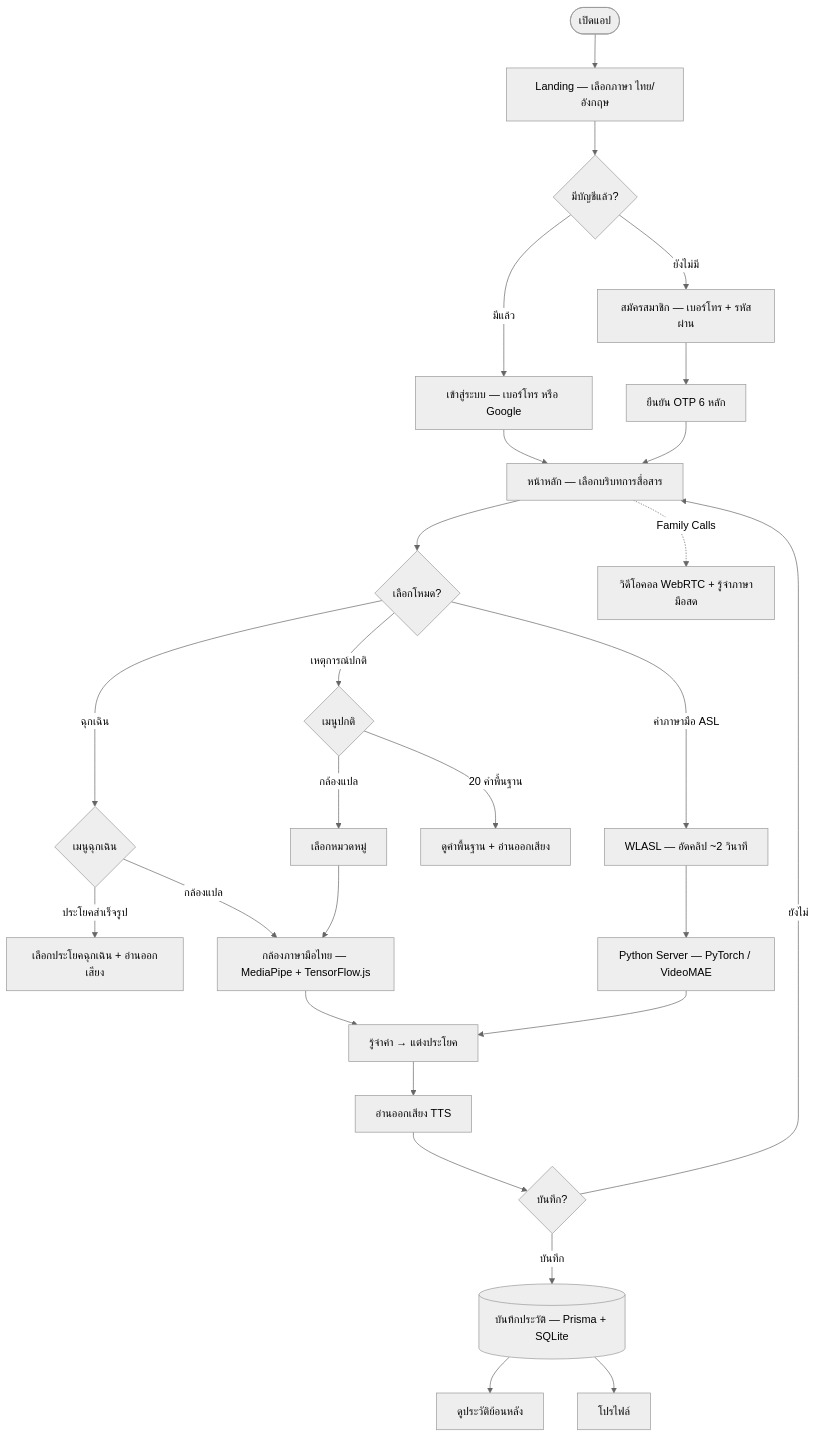
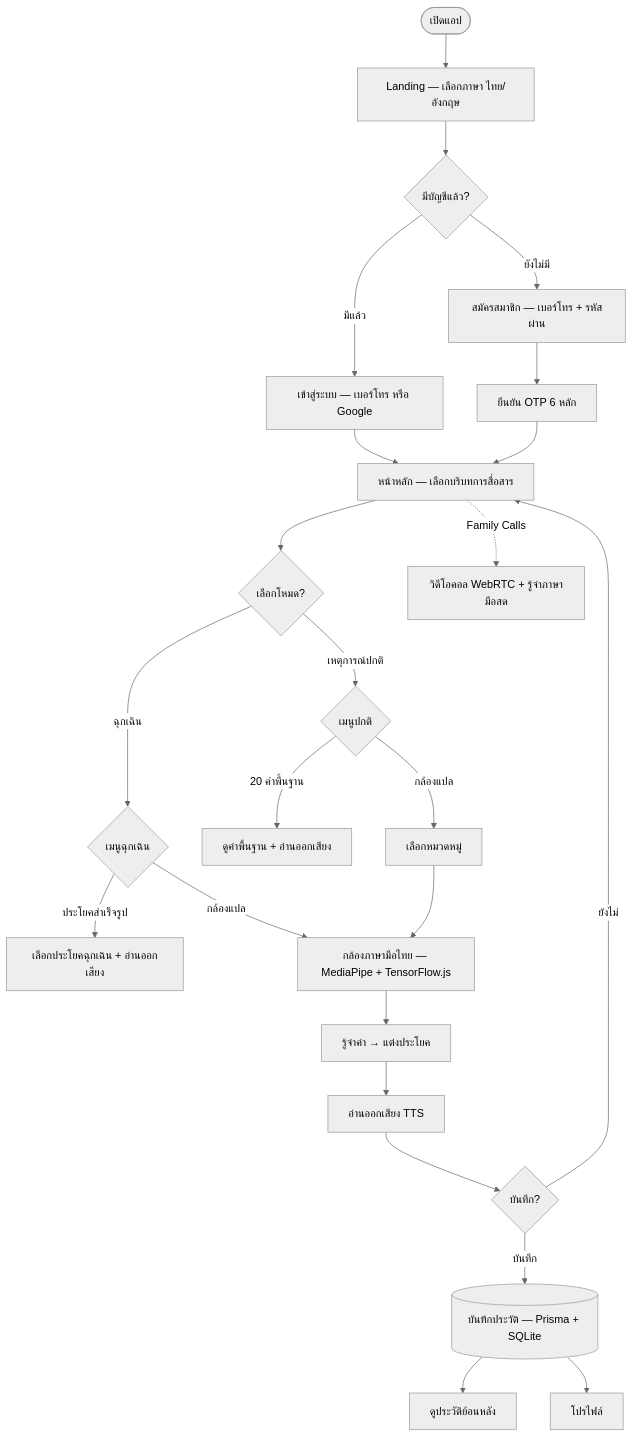
One commit to Pug-03/Roo_mue_ changed the diagram in README.md. Above: the diagram before and after it, drawn with Mermaid (neutral theme). The commit also changed other lines of this file and 13 other files, not shown here.

````diff
--- a/README.md
+++ b/README.md
@@ -78,35 +75,32 @@
 ```mermaid
 flowchart TD
     A([เปิดแอป]) --> B[Landing — เลือกภาษา ไทย/อังกฤษ]
     B --> C{มีบัญชีแล้ว?}
     C -->|มีแล้ว| D[เข้าสู่ระบบ — เบอร์โทร หรือ Google]
     C -->|ยังไม่มี| E[สมัครสมาชิก — เบอร์โทร + รหัสผ่าน]
     E --> F[ยืนยัน OTP 6 หลัก]
     D --> G[หน้าหลัก — เลือกบริบทการสื่อสาร]
     F --> G
 
     G --> H{เลือกโหมด?}
     H -->|ฉุกเฉิน| I{เมนูฉุกเฉิน}
     H -->|เหตุการณ์ปกติ| J{เมนูปกติ}
-    H -->|คำภาษามือ ASL| K[WLASL — อัดคลิป ~2 วินาที]
 
     I -->|ประโยคสำเร็จรูป| I1[เลือกประโยคฉุกเฉิน + อ่านออกเสียง]
     I -->|กล้องแปล| L
     J -->|20 คำพื้นฐาน| J1[ดูคำพื้นฐาน + อ่านออกเสียง]
     J -->|กล้องแปล| J2[เลือกหมวดหมู่]
     J2 --> L
 
     L[กล้องภาษามือไทย — MediaPipe + TensorFlow.js]
     L --> M[รู้จำคำ → แต่งประโยค]
-    K --> K1[Python Server — PyTorch / VideoMAE]
-    K1 --> M
 
     M --> N[อ่านออกเสียง TTS]
     N --> O{บันทึก?}
     O -->|บันทึก| P[(บันทึกประวัติ — Prisma + SQLite)]
     O -->|ยังไม่| G
     P --> Q[ดูประวัติย้อนหลัง]
     P --> R[โปรไฟล์]
 
     G -.->|Family Calls| S[วิดีโอคอล WebRTC + รู้จำภาษามือสด]
 ```
````
